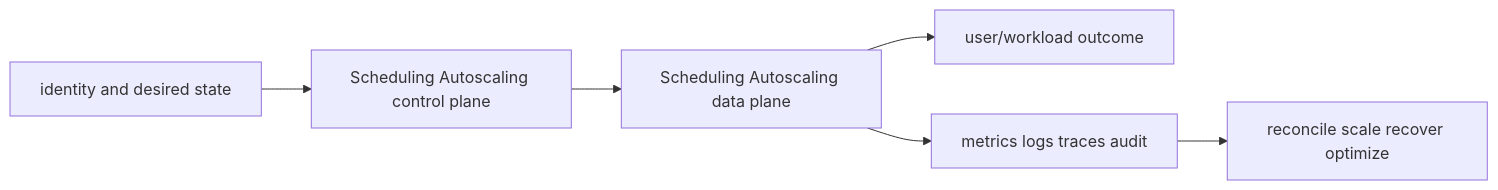
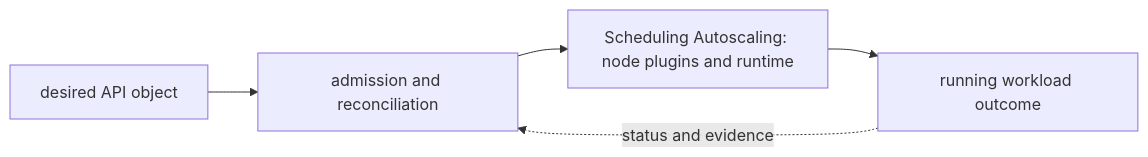
The second of 2 diagrams in 06-kubernetes/06-scheduling-autoscaling/README.md (tomkidumbuyo/DevOps-interview-preparation), drawn with Mermaid before and after one commit. The commit also changed other lines of this file and 753 other files, not shown here.

````diff
--- a/06-kubernetes/06-scheduling-autoscaling/README.md
+++ b/06-kubernetes/06-scheduling-autoscaling/README.md
@@ -40,8 +51,7 @@
 ```mermaid
 flowchart LR
-  I[identity and desired state] --> C[Scheduling Autoscaling control plane]
-  C --> D[Scheduling Autoscaling data plane]
-  D --> U[user/workload outcome]
-  D --> O[metrics logs traces audit]
-  O --> R[reconcile scale recover optimize]
+  A["desired API object"] --> B["admission and reconciliation"]
+  B --> C["Scheduling Autoscaling: node plugins and runtime"]
+  C --> D["running workload outcome"]
+  D -. "status and evidence" .-> B
 ```
````
